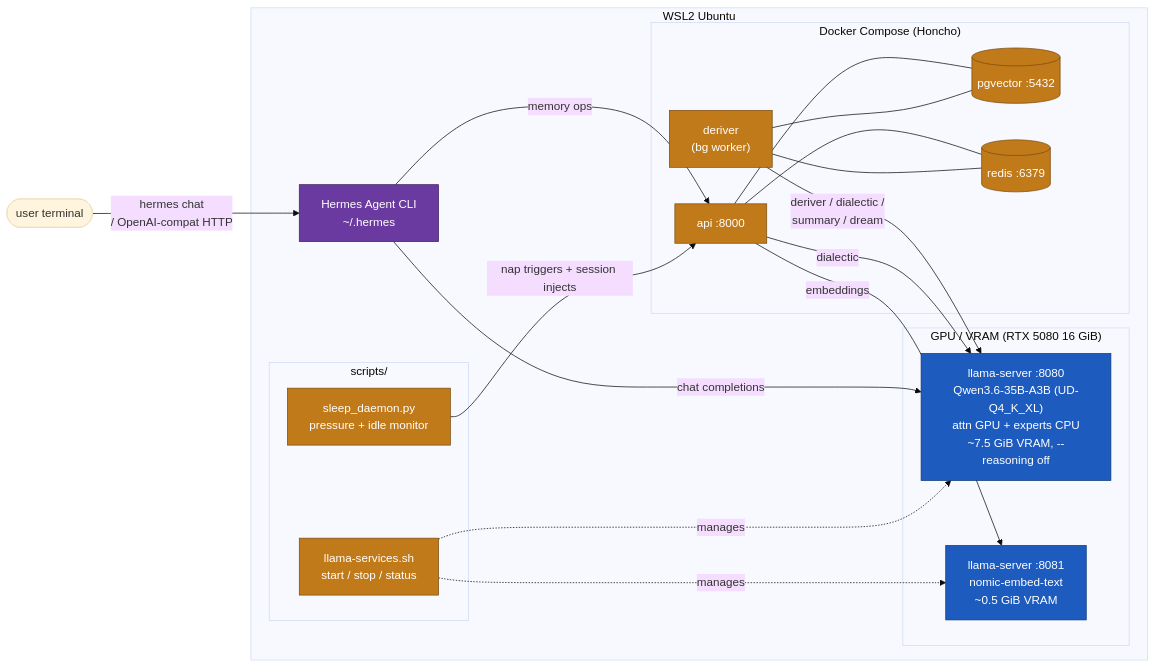
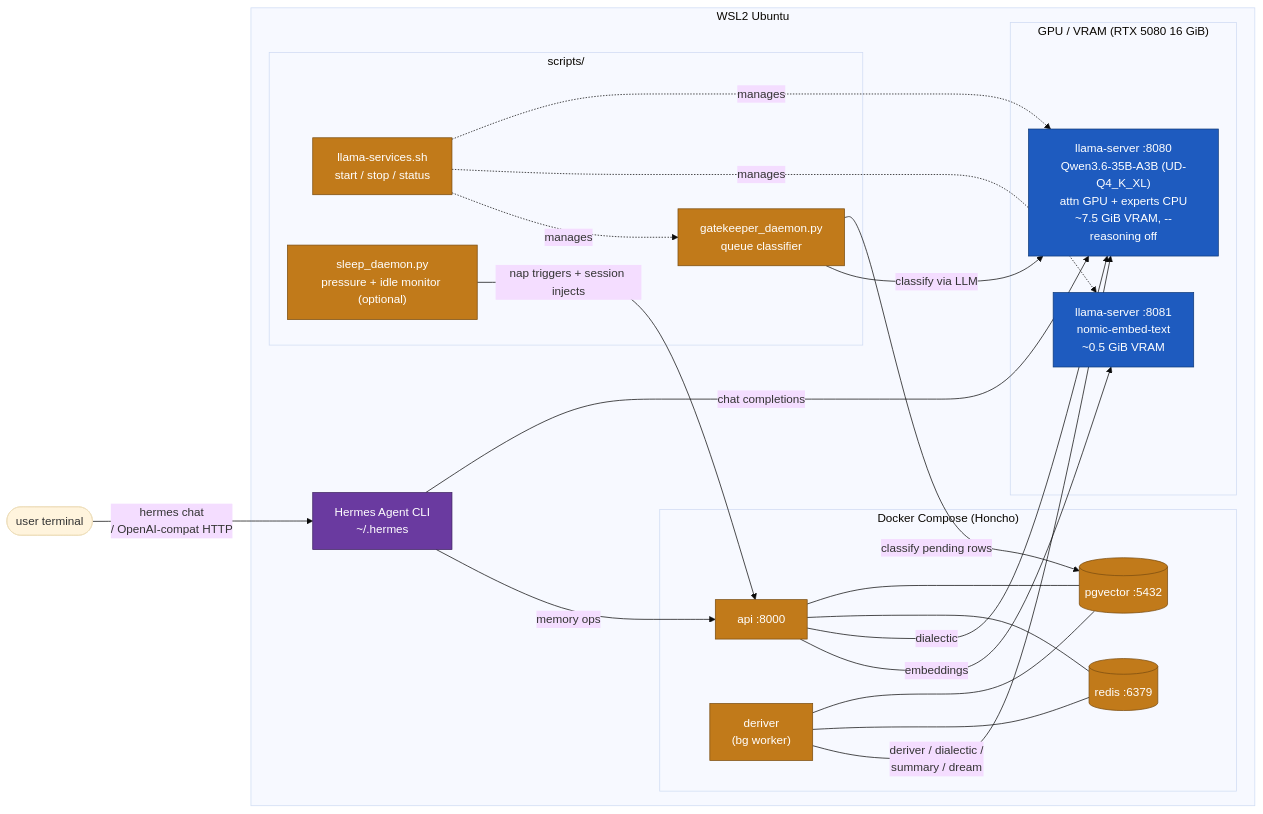
The diagram in README.md (baba-yu/nuncstans-hermes-stack), drawn with Mermaid (base theme) before and after one commit. The commit also changed other lines of this file, not shown here.

````diff
--- a/README.md
+++ b/README.md
@@ -51,45 +51,49 @@
 ```mermaid
 flowchart LR
     User([user terminal]) -- "hermes chat<br/>/ OpenAI-compat HTTP" --> Hermes
 
     subgraph WSL["WSL2 Ubuntu"]
         Hermes["Hermes Agent CLI<br/>~/.hermes"]
 
         subgraph GPU["GPU / VRAM (RTX 5080 16 GiB)"]
             Chat["llama-server :8080<br/>Qwen3.6-35B-A3B (UD-Q4_K_XL)<br/>attn GPU + experts CPU<br/>~7.5 GiB VRAM, --reasoning off"]
             Embed["llama-server :8081<br/>nomic-embed-text<br/>~0.5 GiB VRAM"]
         end
 
         subgraph Docker["Docker Compose (Honcho)"]
             HonchoAPI["api :8000"]
             Deriver["deriver<br/>(bg worker)"]
             PG[("pgvector :5432")]
             Redis[("redis :6379")]
             HonchoAPI --- PG
             HonchoAPI --- Redis
             Deriver --- PG
             Deriver --- Redis
         end
 
         subgraph Scripts["scripts/"]
             LlamaServices["llama-services.sh<br/>start / stop / status"]
-            SleepDaemon["sleep_daemon.py<br/>pressure + idle monitor"]
+            Gatekeeper["gatekeeper_daemon.py<br/>queue classifier"]
+            SleepDaemon["sleep_daemon.py<br/>pressure + idle monitor (optional)"]
         end
     end
 
     Hermes -- "chat completions" --> Chat
     Hermes -- "memory ops" --> HonchoAPI
     Deriver -- "deriver / dialectic /<br/>summary / dream" --> Chat
     HonchoAPI -- "dialectic" --> Chat
     HonchoAPI -- "embeddings" --> Embed
+    Gatekeeper -- "classify pending rows" --> PG
+    Gatekeeper -- "classify via LLM" --> Chat
     SleepDaemon -- "nap triggers + session injects" --> HonchoAPI
     LlamaServices -.manages.-> Chat
     LlamaServices -.manages.-> Embed
+    LlamaServices -.manages.-> Gatekeeper
 
     classDef gpu fill:#1e5bbf,stroke:#0f3a7a,color:#fff
     classDef svc fill:#c17a1a,stroke:#7a4d10,color:#fff
     classDef app fill:#6a3aa0,stroke:#3e2261,color:#fff
     class Chat,Embed gpu
-    class HonchoAPI,Deriver,PG,Redis,SleepDaemon,LlamaServices svc
+    class HonchoAPI,Deriver,PG,Redis,Gatekeeper,SleepDaemon,LlamaServices svc
     class Hermes app
 ```
````
